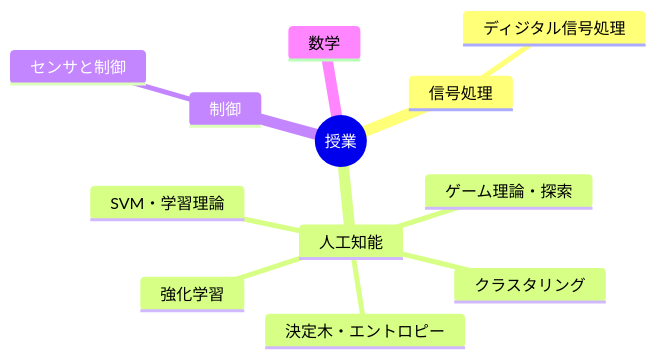
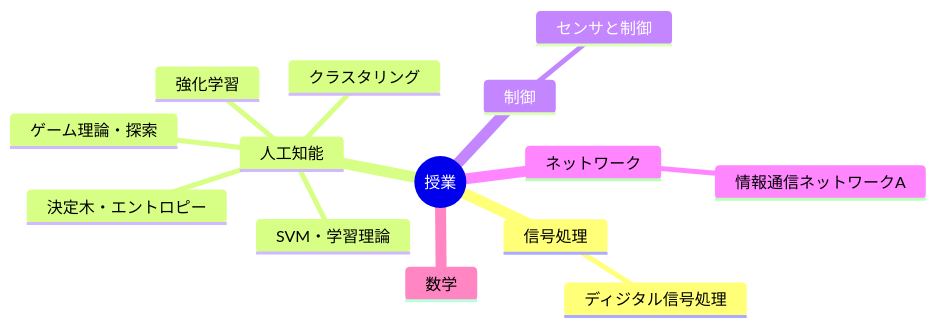
Before and after one commit to 97kuek/obsidian-vault: the diagram in 20_Areas/授業/【MOC】授業.md, drawn with Mermaid. The commit also changed other lines of this file and 2 other files, not shown here.

Commit message:
inbox: 情報通信ネットワークA を授業ノートとして整理
- 00_Inbox の殴り書きを 20_Areas/授業/情報通信ネットワークA.md へ移動
- frontmatter付与、だ・である調・箇条書き中心に添削、末尾のAI定型文を除去
- 【MOC】授業（主要ノート＋マインドマップ）と VAULT_INDEX を更新

````diff
--- a/20_Areas/授業/【MOC】授業.md
+++ b/20_Areas/授業/【MOC】授業.md
@@ -13,15 +13,17 @@
 ```mermaid
 mindmap
   root(("授業"))
     信号処理
       ディジタル信号処理
     人工知能
       ゲーム理論・探索
       決定木・エントロピー
       強化学習
       クラスタリング
       SVM・学習理論
     制御
       センサと制御
+    ネットワーク
+      情報通信ネットワークA
     数学
 ```
````
